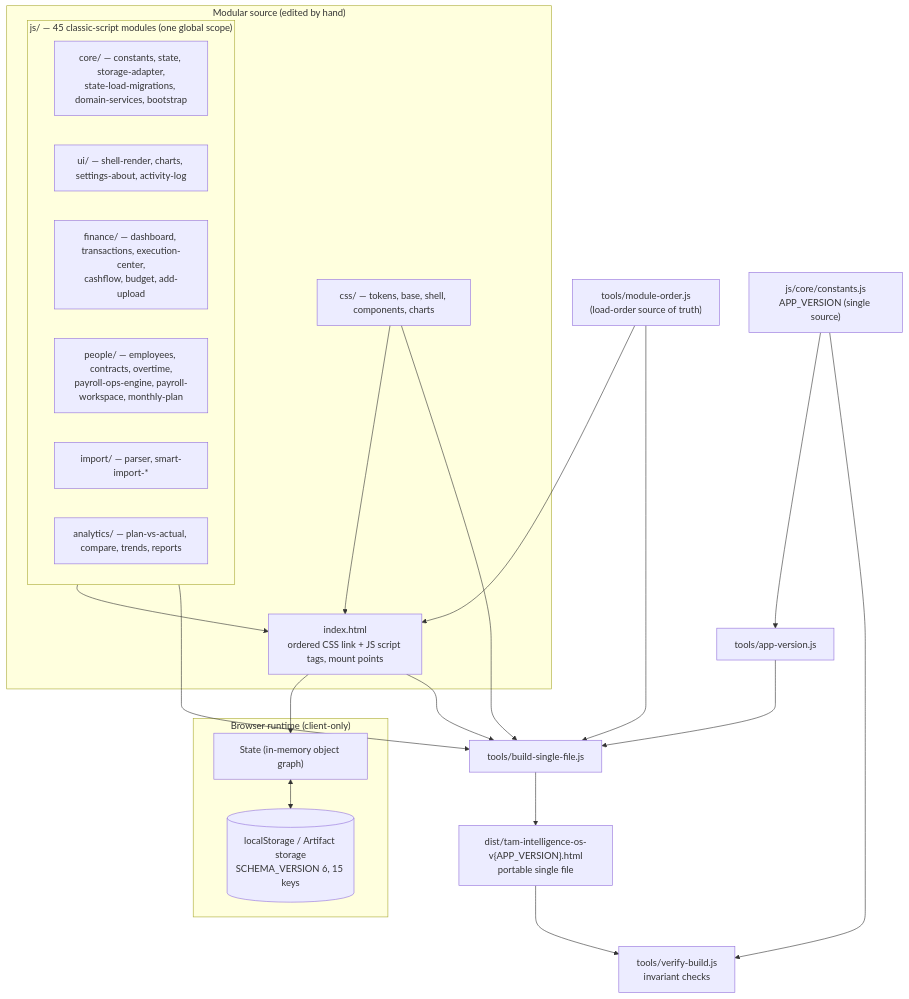
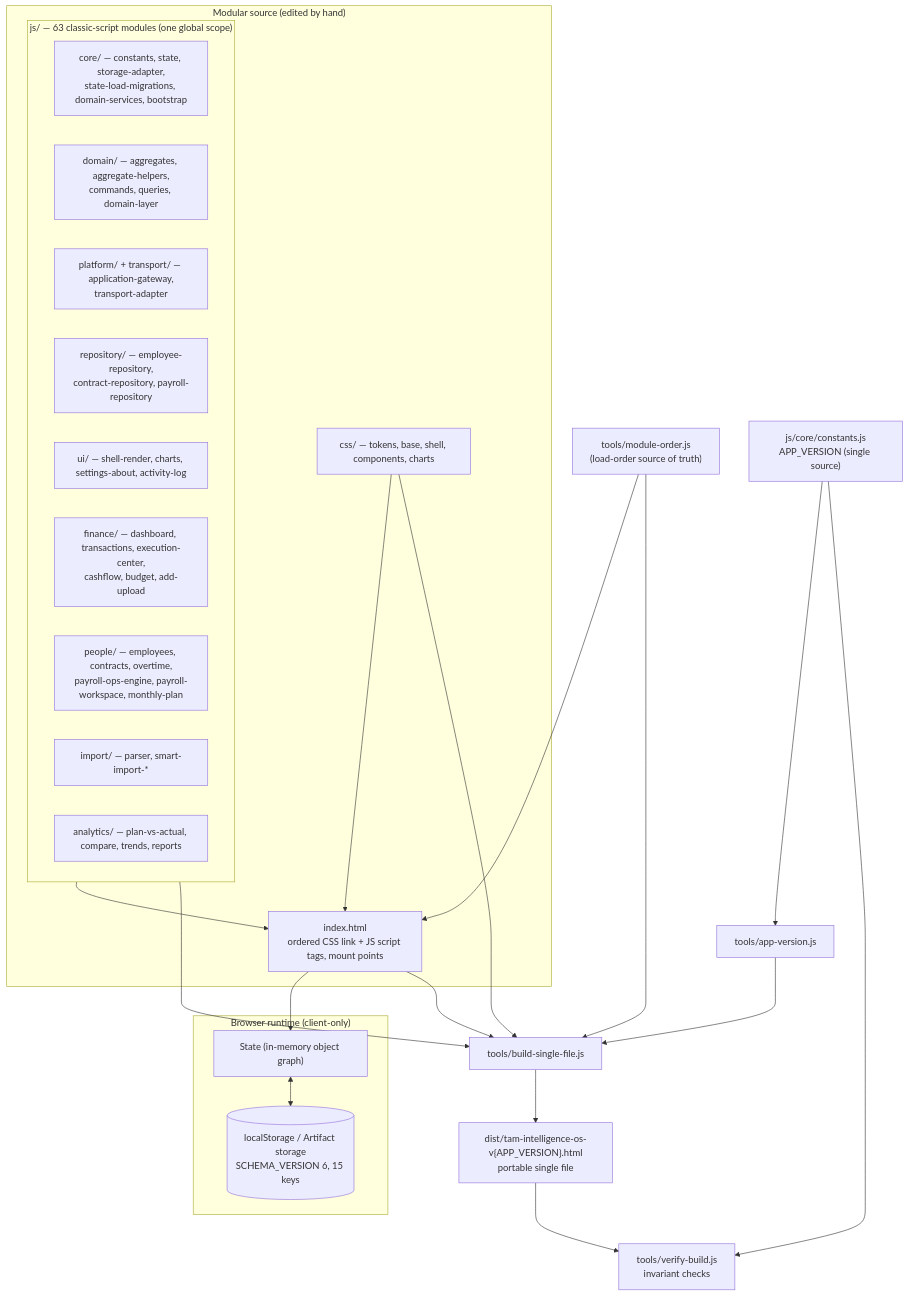
The first of 3 diagrams in ARCHITECTURE.md (fanoryu/TAM-Intelligence-OS), drawn with Mermaid before and after one commit. The commit also changed other lines of this file and 11 other files, not shown here.

````diff
--- a/ARCHITECTURE.md
+++ b/ARCHITECTURE.md
@@ -33,42 +33,45 @@
 ```mermaid
 flowchart TD
   subgraph SRC["Modular source (edited by hand)"]
     IDX["index.html<br/>ordered CSS link + JS script tags, mount points"]
     CSS["css/ — tokens, base, shell, components, charts"]
-    subgraph JSMOD["js/ — 45 classic-script modules (one global scope)"]
+    subgraph JSMOD["js/ — 63 classic-script modules (one global scope)"]
       CORE["core/ — constants, state, storage-adapter,<br/>state-load-migrations, domain-services, bootstrap"]
+      DOM["domain/ — aggregates, aggregate-helpers,<br/>commands, queries, domain-layer"]
+      PLAT["platform/ + transport/ — application-gateway,<br/>transport-adapter"]
+      REPO["repository/ — employee-repository,<br/>contract-repository, payroll-repository"]
       UI["ui/ — shell-render, charts, settings-about, activity-log"]
       FIN["finance/ — dashboard, transactions, execution-center,<br/>cashflow, budget, add-upload"]
       PPL["people/ — employees, contracts, overtime,<br/>payroll-ops-engine, payroll-workspace, monthly-plan"]
       IMP["import/ — parser, smart-import-*"]
       ANA["analytics/ — plan-vs-actual, compare, trends, reports"]
     end
   end
 
   subgraph RUN["Browser runtime (client-only)"]
     STATE["State (in-memory object graph)"]
     LS[("localStorage / Artifact storage<br/>SCHEMA_VERSION 6, 15 keys")]
   end
 
   ORDER["tools/module-order.js<br/>(load-order source of truth)"]
   CONST["js/core/constants.js<br/>APP_VERSION (single source)"]
   AV["tools/app-version.js"]
   BUILD["tools/build-single-file.js"]
   VERIFY["tools/verify-build.js<br/>invariant checks"]
   DIST["dist/tam-intelligence-os-v{APP_VERSION}.html<br/>portable single file"]
 
   CSS --> IDX
   JSMOD --> IDX
   IDX --> STATE
   STATE <--> LS
 
   ORDER --> IDX
   ORDER --> BUILD
   CONST --> AV --> BUILD
   IDX --> BUILD
   CSS --> BUILD
   JSMOD --> BUILD
   BUILD --> DIST
   DIST --> VERIFY
   CONST --> VERIFY
 ```
````
